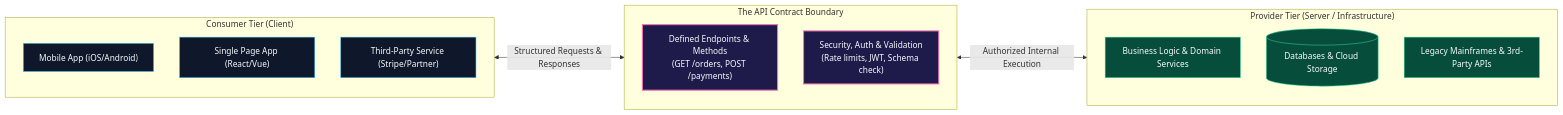
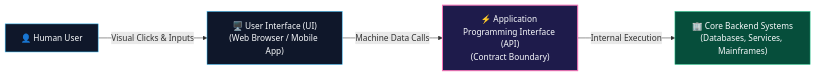
The first of 29 diagrams in topics/0.FUNDAMENTALS/API Architecture and Design/output/Note_version-1_API_Architecture_and_Design/API_Architecture_and_Design.md (AkmKawser/System-Design), drawn with Mermaid before and after one commit. The commit also changed other lines of this file and 1 other file, not shown here.

Commit message:
docs(api): reorganize API architecture master guide and update chat governance log

````diff
--- a/topics/0.FUNDAMENTALS/API Architecture and Design/output/Note_version-1_API_Architecture_and_Design/API_Architecture_and_Design.md
+++ b/topics/0.FUNDAMENTALS/API Architecture and Design/output/Note_version-1_API_Architecture_and_Design/API_Architecture_and_Design.md
@@ -52,33 +105,14 @@
 ```mermaid
 flowchart LR
-    subgraph ClientWorld["Consumer Tier (Client)"]
-        direction TB
-        MobileApp["Mobile App (iOS/Android)"]
-        WebSPA["Single Page App (React/Vue)"]
-        ThirdParty["Third-Party Service (Stripe/Partner)"]
-    end
+    Human["👤 Human User"] -->|"Visual Clicks & Inputs"| UI["🖥️ User Interface (UI)\n(Web Browser / Mobile App)"]
+    UI -->|"Machine Data Calls"| API["⚡ Application Programming Interface (API)\n(Contract Boundary)"]
+    API -->|"Internal Execution"| Core["🏢 Core Backend Systems\n(Databases, Services, Mainframes)"]
 
-    subgraph APIBoundary["The API Contract Boundary"]
-        direction TB
-        Menu["Defined Endpoints & Methods\n(GET /orders, POST /payments)"]
-        Guard["Security, Auth & Validation\n(Rate limits, JWT, Schema check)"]
-    end
-
-    subgraph BackendWorld["Provider Tier (Server / Infrastructure)"]
-        direction TB
-        BizLogic["Business Logic & Domain Services"]
-        Storage[("Databases & Cloud Storage")]
-        Legacy["Legacy Mainframes & 3rd-Party APIs"]
-    end
-
-    ClientWorld <-->|"Structured Requests & Responses"| APIBoundary
-    APIBoundary <-->|"Authorized Internal Execution"| BackendWorld
-
-    classDef client fill:#0f172a,stroke:#38bdf8,stroke-width:1px,color:#f8fafc;
+    classDef human fill:#0f172a,stroke:#38bdf8,stroke-width:1px,color:#f8fafc;
     classDef boundary fill:#1e1b4b,stroke:#f472b6,stroke-width:2px,color:#f8fafc;
     classDef server fill:#064e3b,stroke:#34d399,stroke-width:1px,color:#f8fafc;
 
-    class MobileApp,WebSPA,ThirdParty client;
-    class Menu,Guard boundary;
-    class BizLogic,Storage,Legacy server;
+    class Human,UI human;
+    class API boundary;
+    class Core server;
 ```
````
